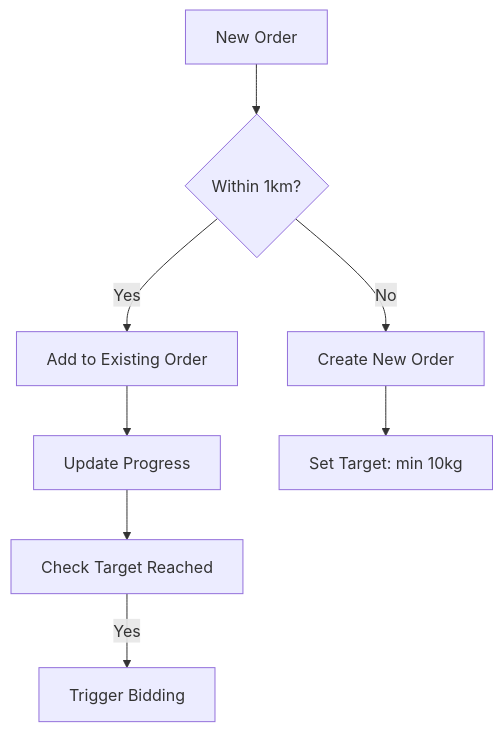
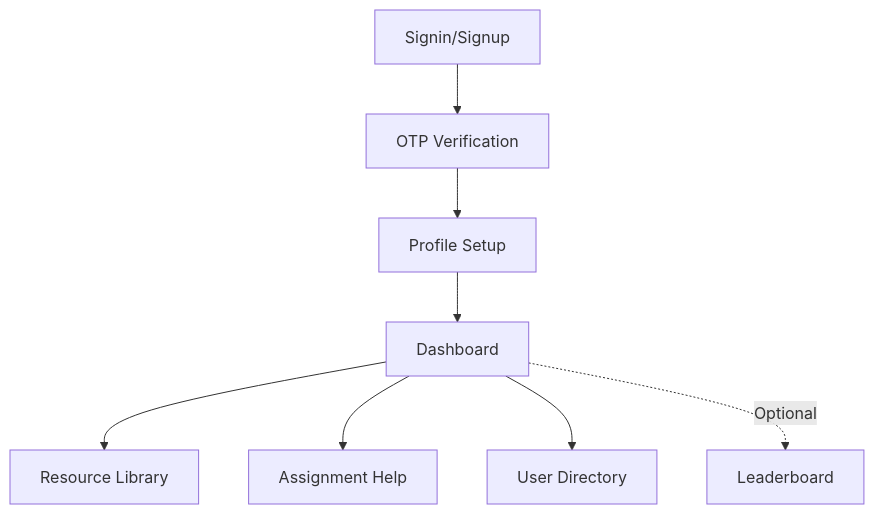
One commit to firewallls/NEXUS changed the diagram in README.md. Above: the diagram before and after it, drawn with Mermaid. The commit also changed other lines of this file and 7 other files, not shown here.

````diff
--- a/README.md
+++ b/README.md
@@ -404,10 +67,10 @@
 ```mermaid
-flowchart TB
-  A[New Order] --> B{Within 1km?}
-  B -->|Yes| C[Add to Existing Order]
-  B -->|No| D[Create New Order]
-  C --> E[Update Progress]
-  D --> F[Set Target: min 10kg]
-  E --> G[Check Target Reached]
-  G -->|Yes| H[Trigger Bidding]
+graph TD
+    A[Signin/Signup] --> B[OTP Verification]
+    B --> C[Profile Setup]
+    C --> D[Dashboard]
+    D --> E[Resource Library]
+    D --> F[Assignment Help]
+    D --> G[User Directory]
+    D -.Optional.-> H[Leaderboard]
 ```
````
